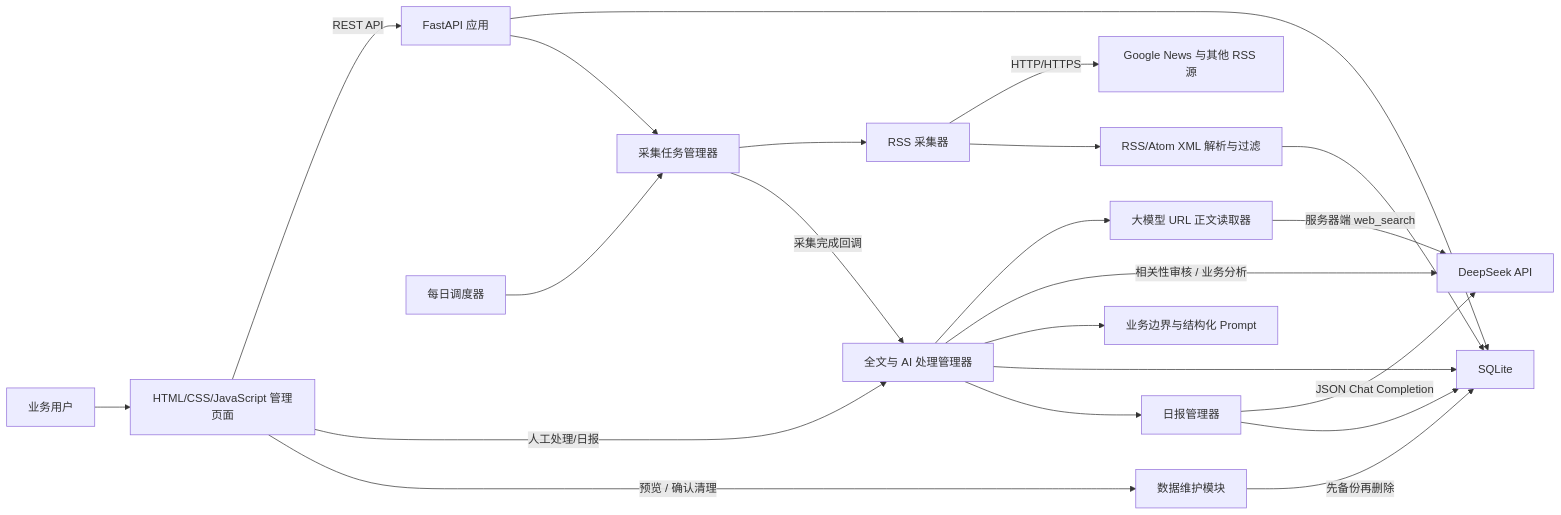
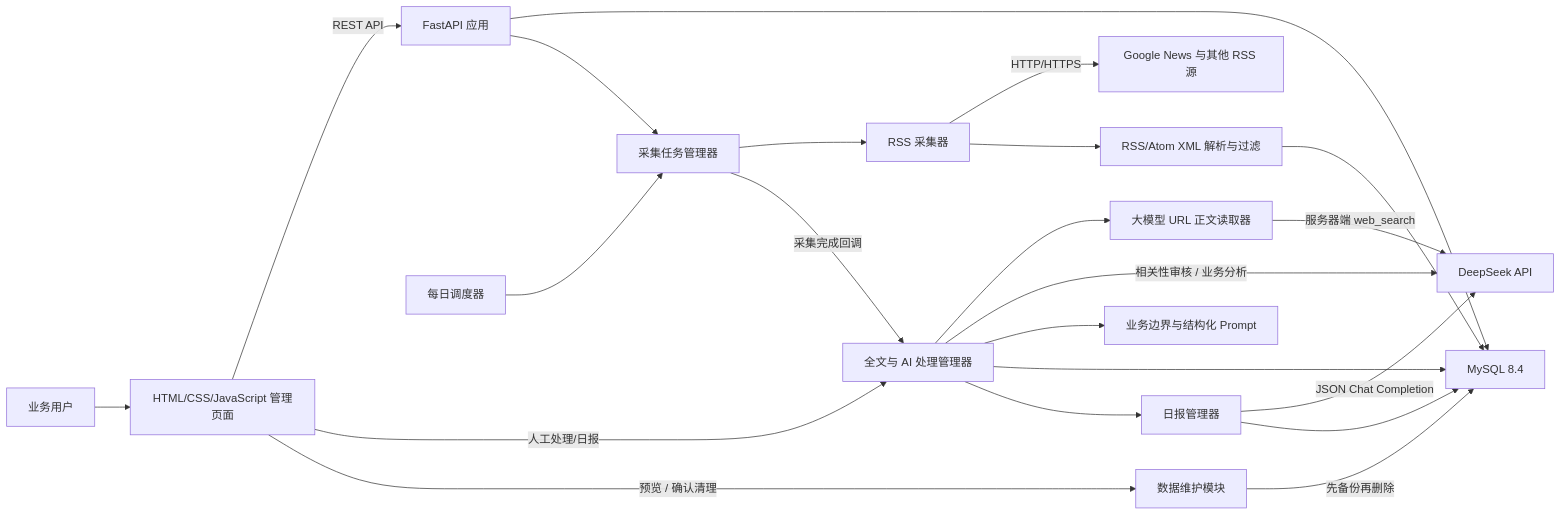
Before and after one commit to shiye1213/intco-rss-collector: the first of 3 diagrams in docs/architecture.md, drawn with Mermaid. The commit also changed other lines of this file and 20 other files, not shown here.

````diff
--- a/docs/architecture.md
+++ b/docs/architecture.md
@@ -5,24 +5,24 @@
 ```mermaid
 flowchart LR
     U["业务用户"] --> UI["HTML/CSS/JavaScript 管理页面"]
     UI -->|"REST API"| API["FastAPI 应用"]
-    API --> DB["SQLite"]
+    API --> DB["MySQL 8.4"]
     API --> CM["采集任务管理器"]
     SCH["每日调度器"] --> CM
     CM --> COL["RSS 采集器"]
     COL -->|"HTTP/HTTPS"| RSS["Google News 与其他 RSS 源"]
     COL --> PARSE["RSS/Atom XML 解析与过滤"]
     PARSE --> DB
     CM -->|"采集完成回调"| AIM["全文与 AI 处理管理器"]
     UI -->|"人工处理/日报"| AIM
     AIM --> READER["大模型 URL 正文读取器"]
     READER -->|"服务器端 web_search"| DS["DeepSeek API"]
     AIM -->|"相关性审核 / 业务分析"| DS
     AIM --> PROMPT["业务边界与结构化 Prompt"]
     AIM --> DB
     AIM --> RM["日报管理器"]
     RM -->|"JSON Chat Completion"| DS
     RM --> DB
     UI -->|"预览 / 确认清理"| MAINT["数据维护模块"]
     MAINT -->|"先备份再删除"| DB
 ```
````
